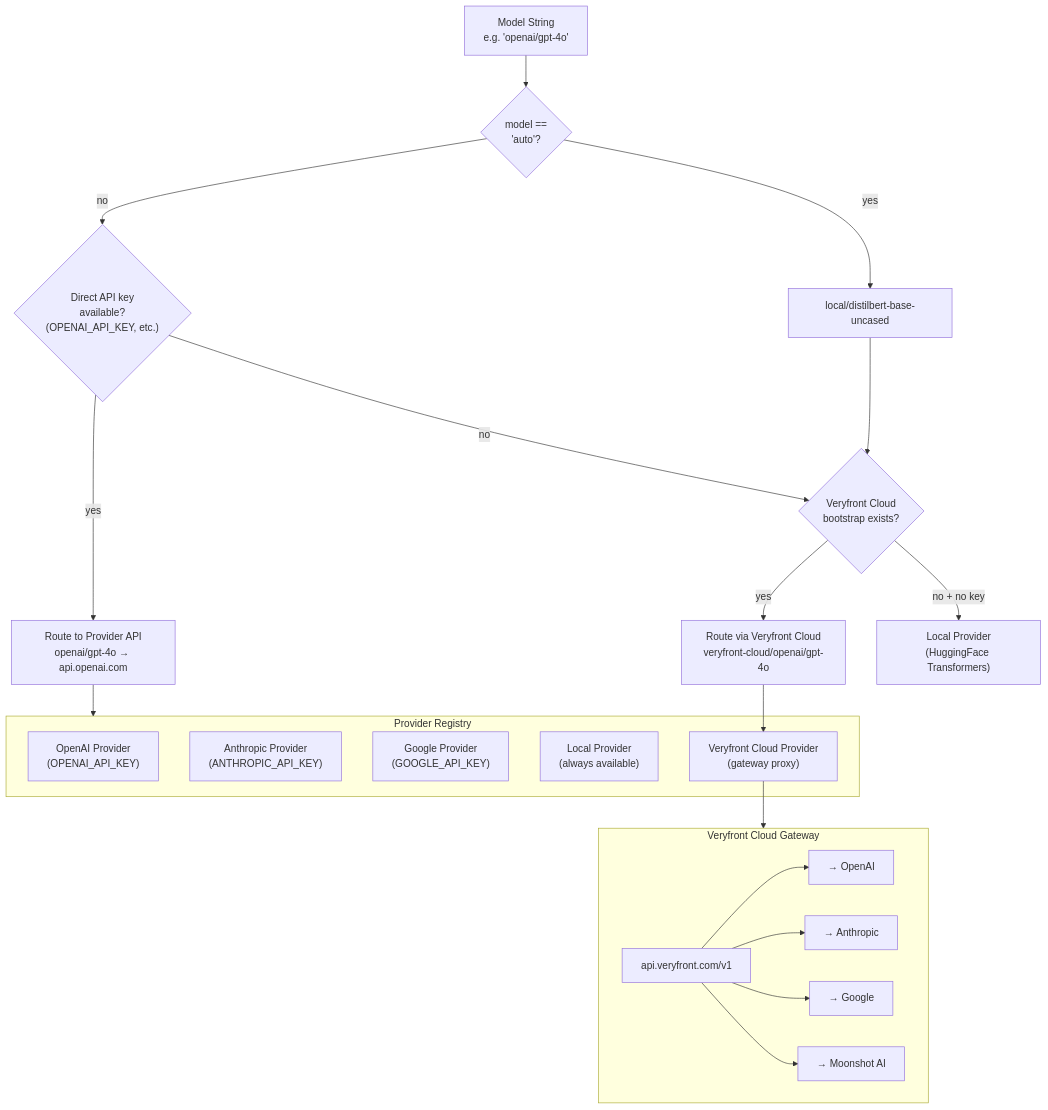
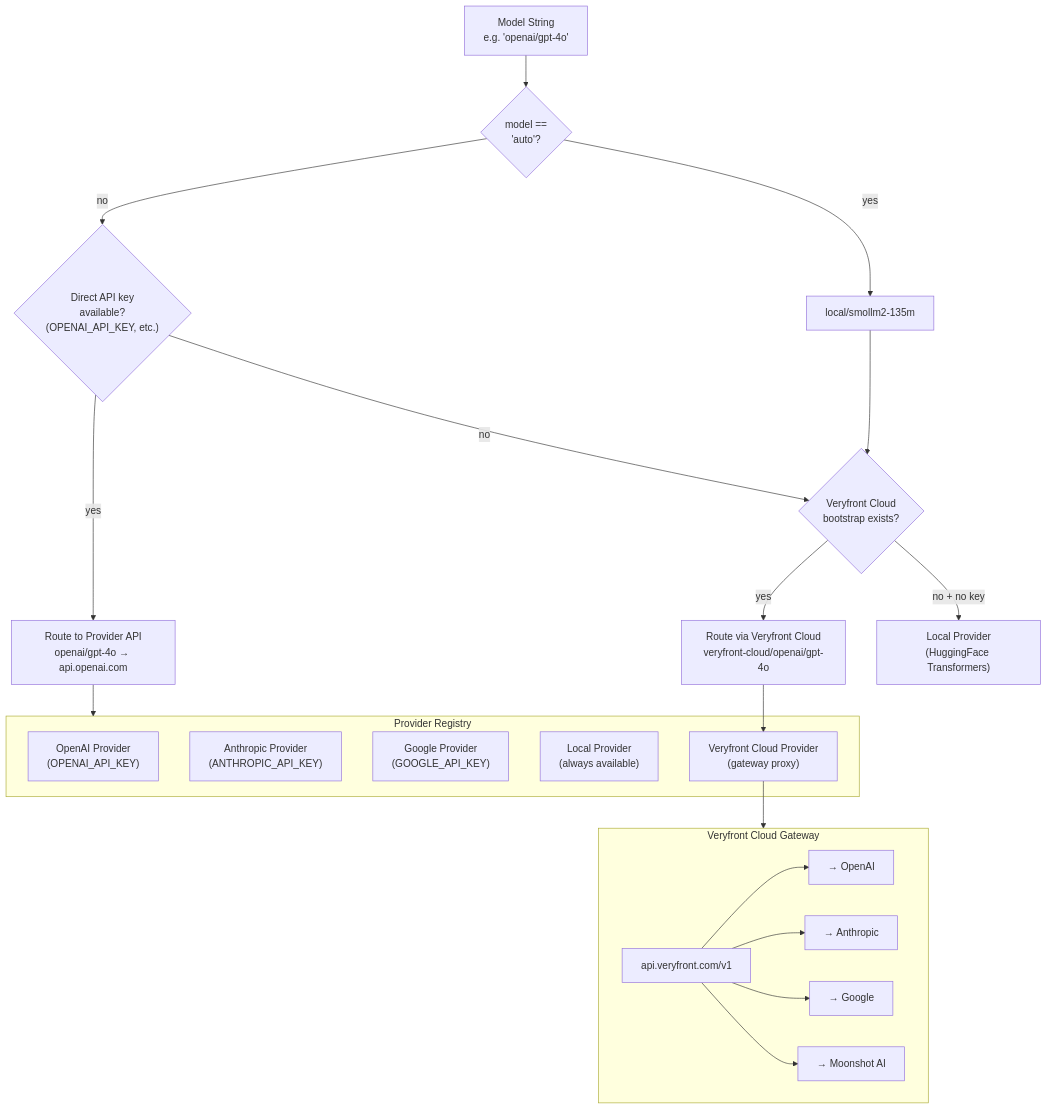
The second of 6 diagrams in docs/architecture/03-ai-agent-system.md (veryfront/veryfront-code), drawn with Mermaid before and after one commit. The commit also changed other lines of this file and 28 other files, not shown here.

````diff
--- a/docs/architecture/03-ai-agent-system.md
+++ b/docs/architecture/03-ai-agent-system.md
@@ -67,47 +67,47 @@
 ```mermaid
 flowchart TD
     ModelString["Model String<br/>e.g. 'openai/gpt-4o'"]
     AutoCheck{"model ==<br/>'auto'?"}
-    LocalModel["local/distilbert-base-uncased"]
+    LocalModel["local/smollm2-135m"]
 
     CloudCheck{"Veryfront Cloud<br/>bootstrap exists?"}
     DirectKey{"Direct API key<br/>available?<br/>(OPENAI_API_KEY, etc.)"}
 
     CloudProxy["Route via Veryfront Cloud<br/>veryfront-cloud/openai/gpt-4o"]
     DirectAPI["Route to Provider API<br/>openai/gpt-4o → api.openai.com"]
     LocalFallback["Local Provider<br/>(HuggingFace Transformers)"]
 
     subgraph Registry["Provider Registry"]
         OpenAI["OpenAI Provider<br/>(OPENAI_API_KEY)"]
         Anthropic["Anthropic Provider<br/>(ANTHROPIC_API_KEY)"]
         Google["Google Provider<br/>(GOOGLE_API_KEY)"]
         Local["Local Provider<br/>(always available)"]
         VfCloud["Veryfront Cloud Provider<br/>(gateway proxy)"]
     end
 
     subgraph CloudGateway["Veryfront Cloud Gateway"]
         Gateway["api.veryfront.com/v1"]
         UpstreamOpenAI["→ OpenAI"]
         UpstreamAnthropic["→ Anthropic"]
         UpstreamGoogle["→ Google"]
         UpstreamMoonshot["→ Moonshot AI"]
     end
 
     ModelString --> AutoCheck
     AutoCheck -->|yes| LocalModel
     AutoCheck -->|no| DirectKey
     LocalModel --> CloudCheck
 
     DirectKey -->|yes| DirectAPI
     DirectKey -->|no| CloudCheck
     CloudCheck -->|yes| CloudProxy
     CloudCheck -->|"no + no key"| LocalFallback
 
     DirectAPI --> Registry
     CloudProxy --> VfCloud
     VfCloud --> CloudGateway
     Gateway --> UpstreamOpenAI
     Gateway --> UpstreamAnthropic
     Gateway --> UpstreamGoogle
     Gateway --> UpstreamMoonshot
 ```
````
